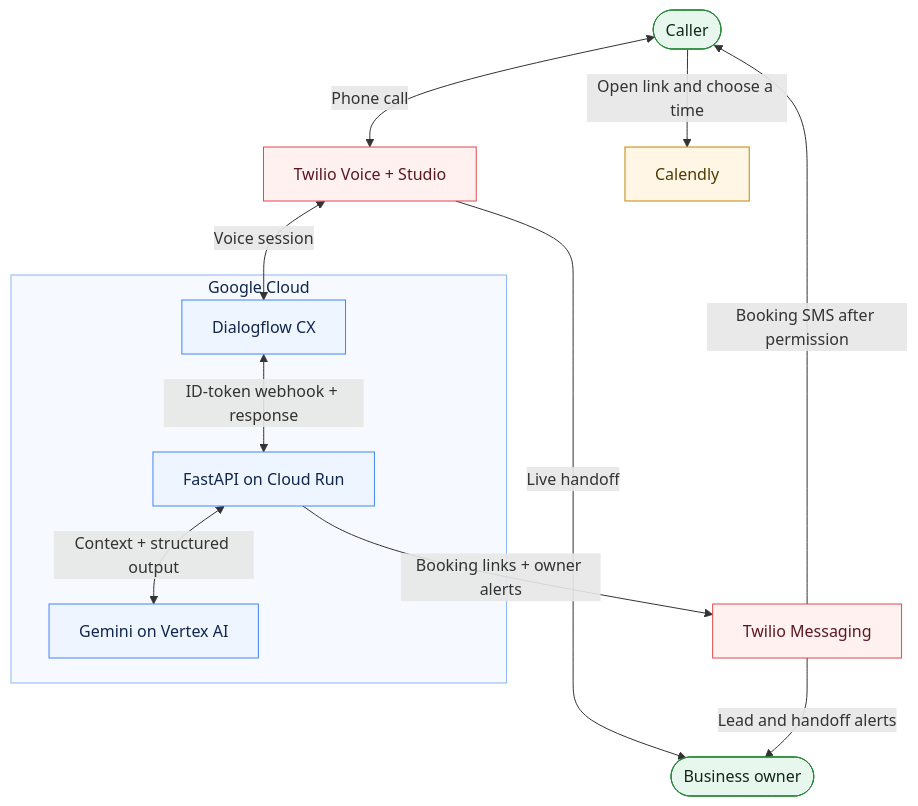
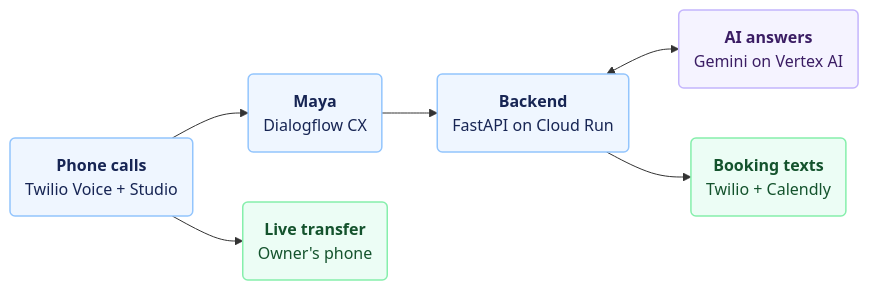
Before and after one commit to RedLeopard/dialogflow-cx-virtual-agent: the diagram in README.md, drawn with Mermaid. The commit also changed other lines of this file, not shown here.

Commit message:
Simplify architecture into a clear visual overview

````diff
--- a/README.md
+++ b/README.md
@@ -25,37 +25,30 @@
 ```mermaid
-flowchart TB
-    accTitle: Maya phone assistant architecture
-    accDescr: Twilio connects callers to Dialogflow CX. Cloud Run calls Gemini and Twilio Messaging. Callers can reach the owner or open Calendly to book a consultation.
-    caller(["Caller"])
-    studio["Twilio Voice + Studio"]
-    owner(["Business owner"])
+flowchart LR
+    accTitle: Maya architecture overview
+    accDescr: Twilio connects calls to Maya. The backend uses Gemini and sends booking links. Twilio also transfers calls to the owner.
 
-    subgraph gcp["Google Cloud"]
-        cx["Dialogflow CX"]
-        api["FastAPI on Cloud Run"]
-        ai["Gemini on Vertex AI"]
-        cx <-->|"ID-token webhook + response"| api
-        api <-->|"Context + structured output"| ai
-    end
+    phone("`**Phone calls**
+Twilio Voice + Studio`")
+    maya("`**Maya**
+Dialogflow CX`")
+    backend("`**Backend**
+FastAPI on Cloud Run`")
+    ai("`**AI answers**
+Gemini on Vertex AI`")
+    booking("`**Booking texts**
+Twilio + Calendly`")
+    owner("`**Live transfer**
+Owner's phone`")
 
-    sms["Twilio Messaging"]
-    calendar["Calendly"]
+    phone --> maya --> backend
+    backend <--> ai
+    backend --> booking
+    phone --> owner
 
-    caller <-->|"Phone call"| studio
-    studio <-->|"Voice session"| cx
-    studio -->|"Live handoff"| owner
-    api -->|"Booking links + owner alerts"| sms
-    sms -->|"Booking SMS after permission"| caller
-    sms -->|"Lead and handoff alerts"| owner
-    caller -->|"Open link and choose a time"| calendar
-
-    classDef person fill:#e8f7ed,stroke:#238636,color:#102a18
-    classDef twilio fill:#fff1f0,stroke:#e24949,color:#5c1721
-    classDef google fill:#eef5ff,stroke:#4285f4,color:#10264d
-    classDef booking fill:#fff6e5,stroke:#bf8700,color:#513900
-    class caller,owner person
-    class studio,sms twilio
-    class cx,api,ai google
-    class calendar booking
-    style gcp fill:#f6f9ff,stroke:#8cb4f8,color:#10264d
+    classDef core fill:#eff6ff,stroke:#93c5fd,color:#172554,stroke-width:1.5px
+    classDef intelligence fill:#f5f3ff,stroke:#c4b5fd,color:#3b1d64,stroke-width:1.5px
+    classDef outcome fill:#ecfdf5,stroke:#86efac,color:#14532d,stroke-width:1.5px
+    class phone,maya,backend core
+    class ai intelligence
+    class booking,owner outcome
 ```
````
